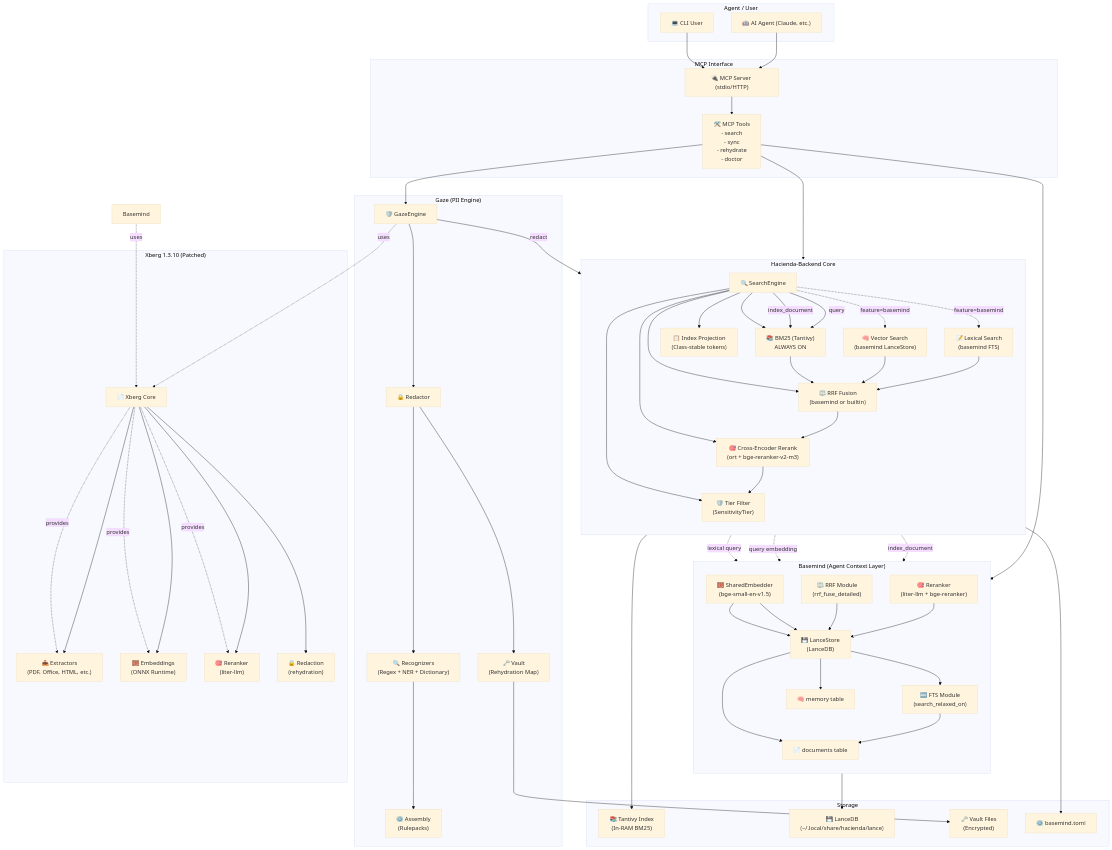
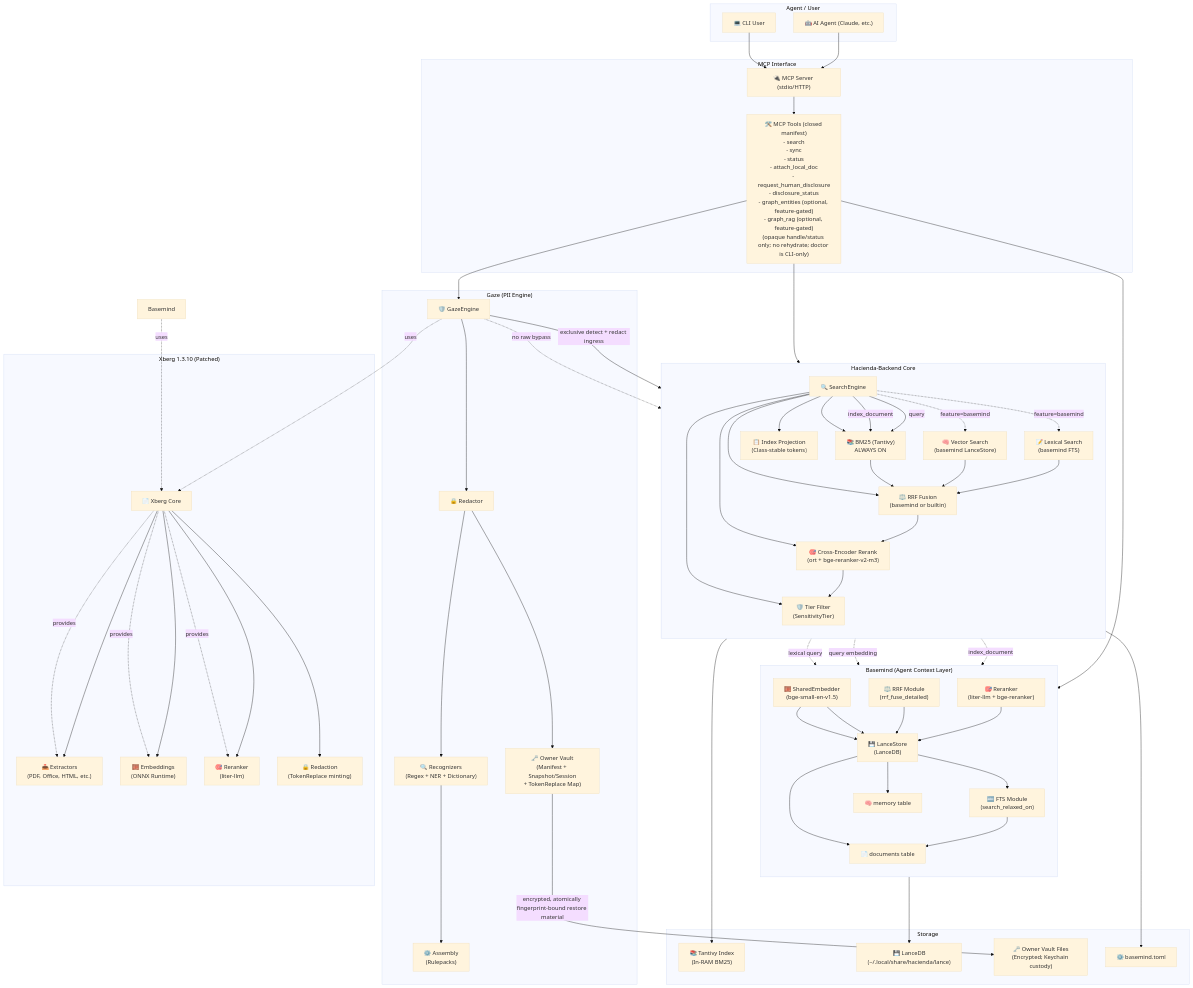
The first of 4 diagrams in ARCHITECTURE.md (jamon8888/hacienda-backend), drawn with Mermaid (base theme) before and after one commit. The commit also changed other lines of this file and 42 other files, not shown here.

```diff
--- a/ARCHITECTURE.md
+++ b/ARCHITECTURE.md
@@ -13,7 +43,7 @@
     %% ============ MCP INTERFACE ============
     subgraph "MCP Interface"
         MCPServer["🔌 MCP Server (stdio/HTTP)"]
-        Tools["🛠️ MCP Tools\n- search\n- sync\n- rehydrate\n- doctor"]
+        Tools["🛠️ MCP Tools (closed manifest)\n- search\n- sync\n- status\n- attach_local_doc\n- request_human_disclosure\n- disclosure_status\n- graph_entities (optional, feature-gated)\n- graph_rag (optional, feature-gated)\n(opaque handle/status only; no rehydrate; doctor is CLI-only)"]
     end
 
     %% ============ HACIENDA-BACKEND CORE ============
@@ -50,7 +80,7 @@
         Redactor["🔒 Redactor"]
         Recognizers["🔍 Recognizers\n(Regex + NER + Dictionary)"]
         Assembly["⚙️ Assembly\n(Rulepacks)"]
-        Vault["🗝️ Vault\n(Rehydration Map)"]
+        Vault["🗝️ Owner Vault\n(Manifest + Snapshot/Session\n+ TokenReplace Map)"]
         
         GazeEngine --> Redactor
         Redactor --> Recognizers
@@ -83,7 +113,7 @@
         Extractors["📥 Extractors\n(PDF, Office, HTML, etc.)"]
         EmbeddingsX["🧮 Embeddings\n(ONNX Runtime)"]
         RerankX["🎯 Reranker\n(liter-llm)"]
-        RedactionX["🔒 Redaction\n(rehydration)"]
+        RedactionX["🔒 Redaction\n(TokenReplace minting)"]
         
         XbergCore --> Extractors
         XbergCore --> EmbeddingsX
@@ -95,7 +125,7 @@
     subgraph "Storage"
         TantivyIdx["📚 Tantivy Index\n(In-RAM BM25)"]
         LanceDB["💾 LanceDB\n(~/.local/share/hacienda/lance)"]
-        VaultFile["🗝️ Vault Files\n(Encrypted)"]
+        VaultFile["🗝️ Owner Vault Files\n(Encrypted; Keychain custody)"]
         ConfigFile["⚙️ basemind.toml"]
     end
 
@@ -110,7 +140,8 @@
     %% Indexing flow
     SearchEngine -->|index_document| BM25
     SearchEngine -.->|index_document| LanceStore
-    GazeEngine -->|redact| SearchEngine
+    GazeEngine -->|exclusive detect + redact ingress| SearchEngine
+    GazeEngine -.->|no raw bypass| Projection
     
     %% Search flow
     SearchEngine -->|query| BM25
@@ -122,7 +153,7 @@
     %% Storage connections
     BM25 --> TantivyIdx
     LanceStore --> LanceDB
-    Vault --> VaultFile
+    Vault -->|encrypted, atomically fingerprint-bound restore material| VaultFile
     SearchEngine --> ConfigFile
     
     %% Xberg integration
```
